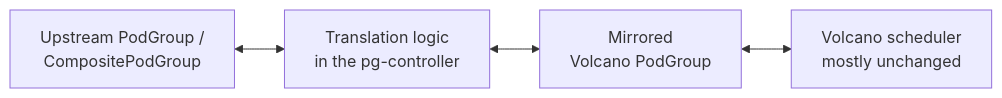
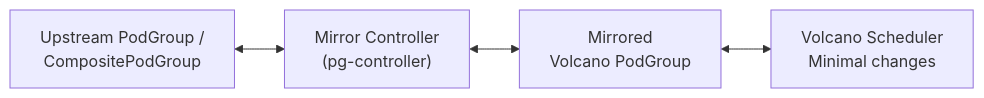
Diagram 13 of 15 in docs/research/k8s-workload-aware-scheduling-vs-volcano.md (JesseStutler/volcano), drawn with Mermaid before and after one commit. The commit also changed other lines of this file and 1 other file, not shown here.

First line of the commit message:
docs: improve readability of upstream PodGroup vs Volcano report

````diff
--- a/docs/research/k8s-workload-aware-scheduling-vs-volcano.md
+++ b/docs/research/k8s-workload-aware-scheduling-vs-volcano.md
@@ -642,10 +554,11 @@
 ```mermaid
 flowchart LR
     UA["Upstream PodGroup /<br/>CompositePodGroup"]
-    MC["Translation logic<br/>in the pg-controller"]
+    MC["Mirror Controller<br/>(pg-controller)"]
     VA["Mirrored<br/>Volcano PodGroup"]
-    SA["Volcano scheduler<br/>mostly unchanged"]
+    SA["Volcano Scheduler<br/>Minimal changes"]
+
     UA <--> MC
     MC <--> VA
     VA <--> SA
 ```
````
